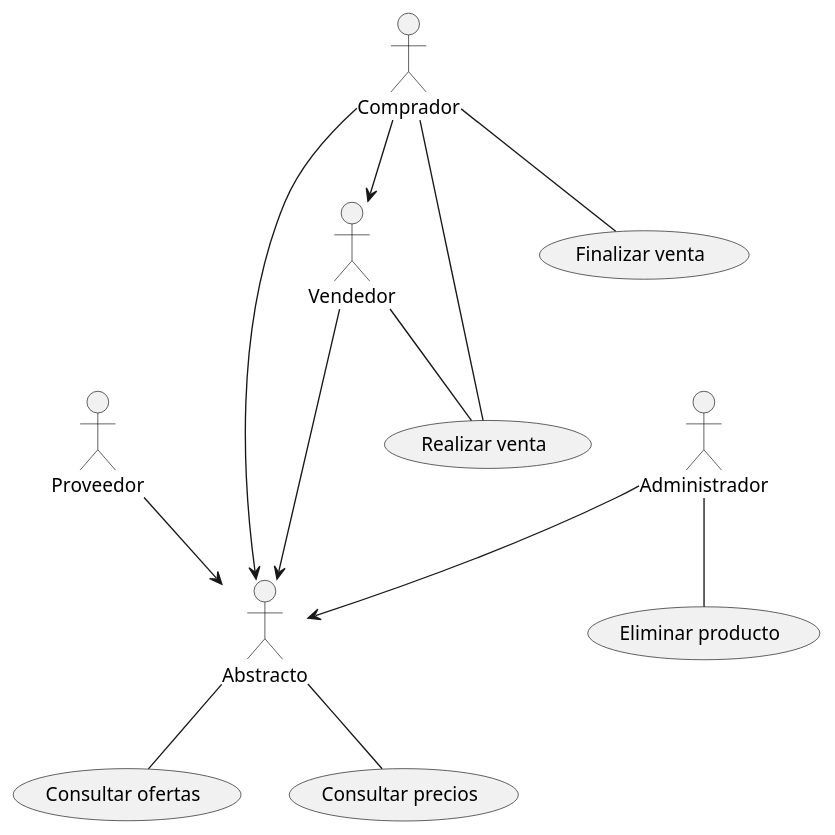
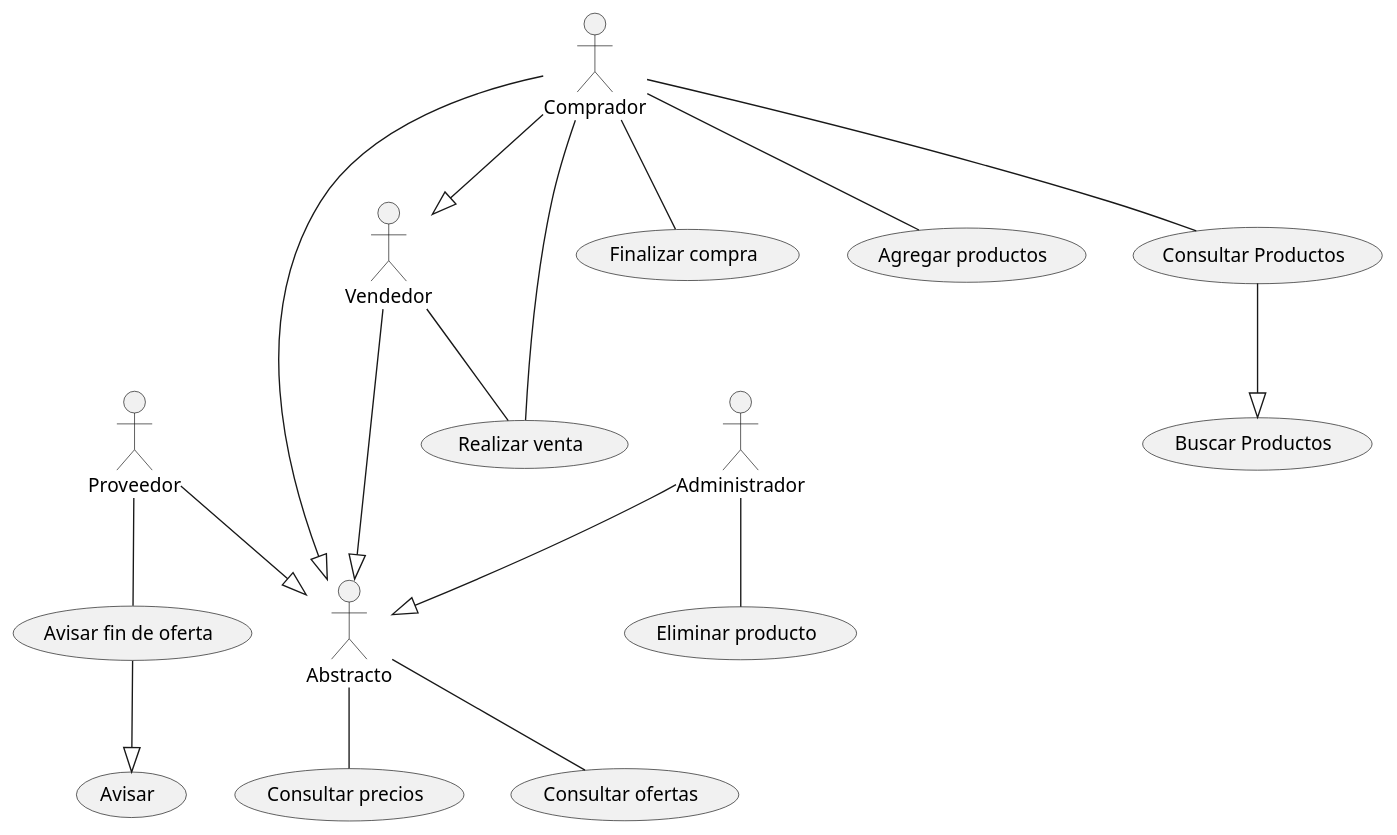
One commit to cgg734/INRE-UAL-MORADO-2022-2023 changed the diagram in lab0/source/Sistema De Compras.puml. Above: the diagram before and after it, drawn with PlantUML. The commit also changed 1 other file, not shown here.

```diff
--- a/lab0/source/Sistema De Compras.puml
+++ b/lab0/source/Sistema De Compras.puml
@@ -1,28 +1,42 @@
 @startuml
 
-
-:Vendedor:---> Abstracto
-:Proveedor: --> Abstracto
-:Administrador: --> Abstracto
-:Comprador: --> Abstracto
+:Vendedor:---|> Abstracto
+:Proveedor: --|> Abstracto
+:Administrador: --|> Abstracto
+:Comprador: --|> Abstracto
 :Vendedor: -- (realizar)
 :Comprador: -- (realizar)
 "Realizar venta" as (realizar)
 
-:Comprador: -- (finalizar)
-"Finalizar venta" as (finalizar)
+:Comprador: -- (finalizarC)
+"Finalizar compra" as (finalizarC)
+
+:Comprador: -- (AgregarP)
+"Agregar productos" as (AgregarP)
+
+:Comprador: -- (ConsultarProd)
+"Consultar Productos" as (ConsultarProd)
+
+ConsultarProd --|> (BuscarProd)
+"Buscar Productos" as (BuscarProd)
 
 :Abstracto: -- (ConsultarO)
 "Consultar ofertas" as (ConsultarO)
 
-:Abstracto: -- (ConsultarP)
-"Consultar precios" as (ConsultarP)
+:Abstracto: -- (ConsultarPrec)
+"Consultar precios" as (ConsultarPrec)
 
 
 :Administrador: -- (EliminarP)
 "Eliminar producto" as (EliminarP)
 
-:Comprador: --> Vendedor
+:Comprador: --|> Vendedor
+
+:Proveedor: -- (AvisarFin)
+"Avisar fin de oferta" as (AvisarFin)
+
+AvisarFin --|> (Avisar)
+"Avisar" as (Avisar)
 
 
 @enduml
```
